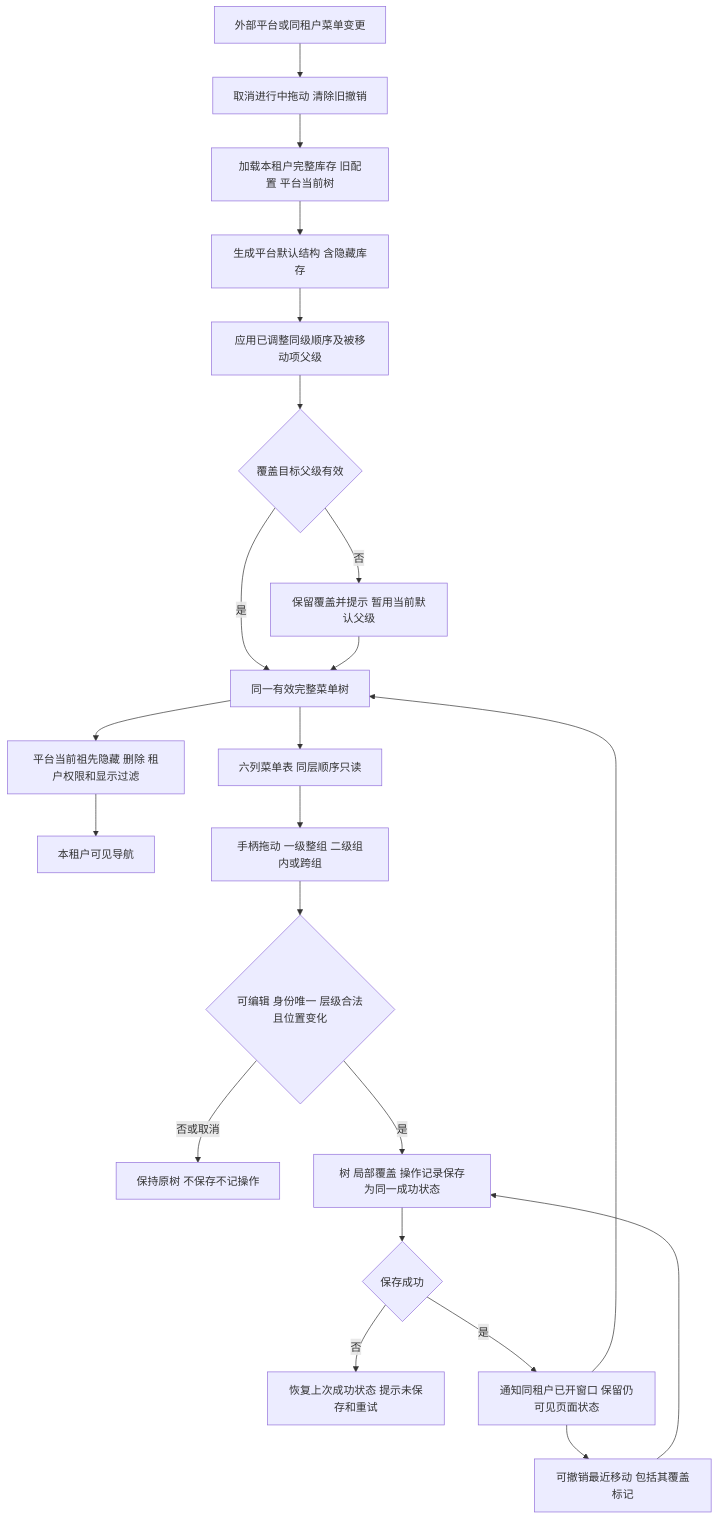
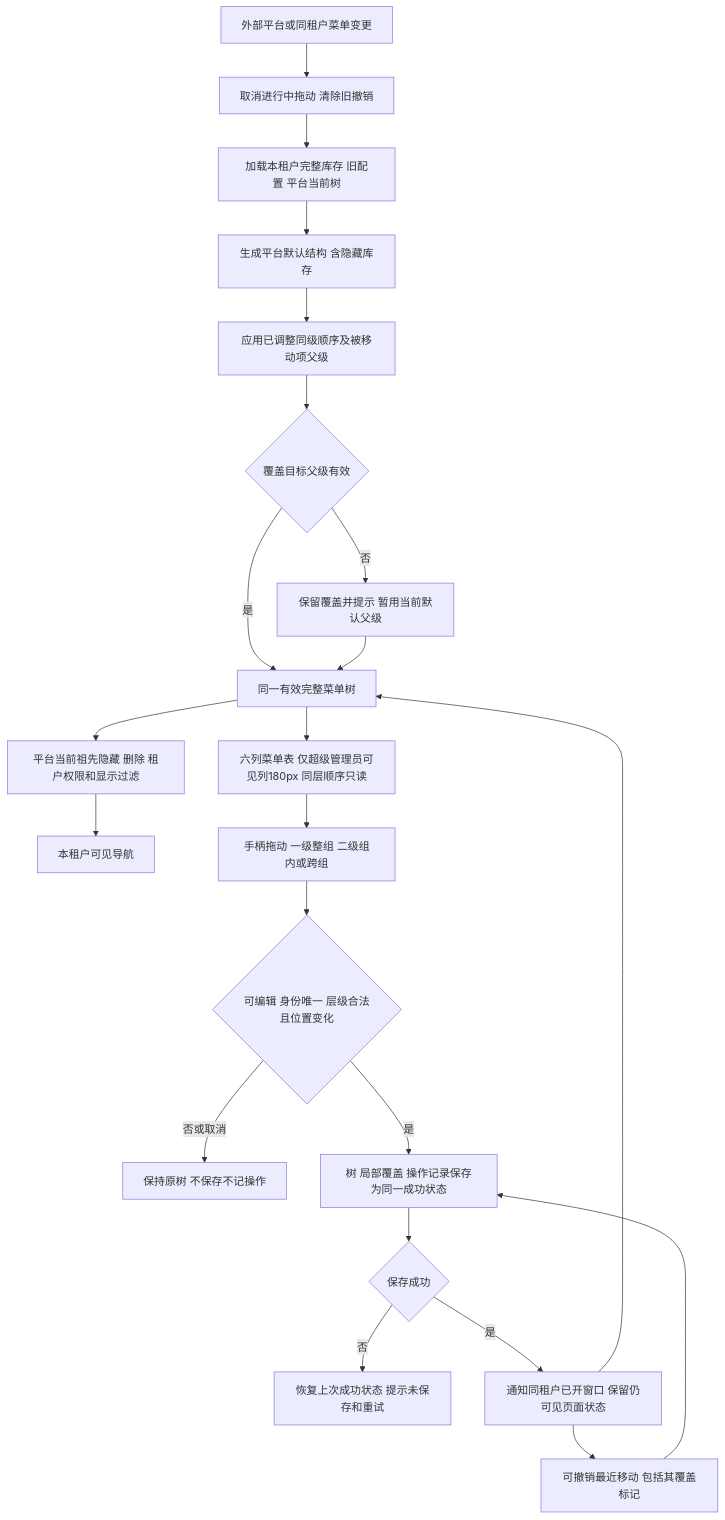
Before and after one commit to xfang9528-glitch/suiyin-admin: the first of 2 diagrams in flowcharts/tenant-menu-drag.md, drawn with Mermaid. The commit also changed other lines of this file and 10 other files, not shown here.

````diff
--- a/flowcharts/tenant-menu-drag.md
+++ b/flowcharts/tenant-menu-drag.md
@@ -5,24 +7,24 @@
 ```mermaid
 flowchart TD
     Load[加载本租户完整库存 旧配置 平台当前树] --> Base[生成平台默认结构 含隐藏库存]
     Base --> Override[应用已调整同级顺序及被移动项父级]
     Override --> Parent{覆盖目标父级有效}
     Parent -->|否| Fallback[保留覆盖并提示 暂用当前默认父级]
     Parent -->|是| Tree[同一有效完整菜单树]
     Fallback --> Tree
-    Tree --> Table[六列菜单表 同层顺序只读]
+    Tree --> Table[六列菜单表 仅超级管理员可见列180px 同层顺序只读]
     Tree --> Filter[平台当前祖先隐藏 删除 租户权限和显示过滤]
     Filter --> Nav[本租户可见导航]
     Table --> Drag[手柄拖动 一级整组 二级组内或跨组]
     Drag --> Valid{可编辑 身份唯一 层级合法且位置变化}
     Valid -->|否或取消| Keep[保持原树 不保存不记操作]
     Valid -->|是| Save[树 局部覆盖 操作记录保存为同一成功状态]
     Save --> Result{保存成功}
     Result -->|否| Rollback[恢复上次成功状态 提示未保存和重试]
     Result -->|是| Notify[通知同租户已开窗口 保留仍可见页面状态]
     Notify --> Tree
     Notify --> Undo[可撤销最近移动 包括其覆盖标记]
     Undo --> Save
     External[外部平台或同租户菜单变更] --> Cancel[取消进行中拖动 清除旧撤销]
     Cancel --> Load
 ```
````
